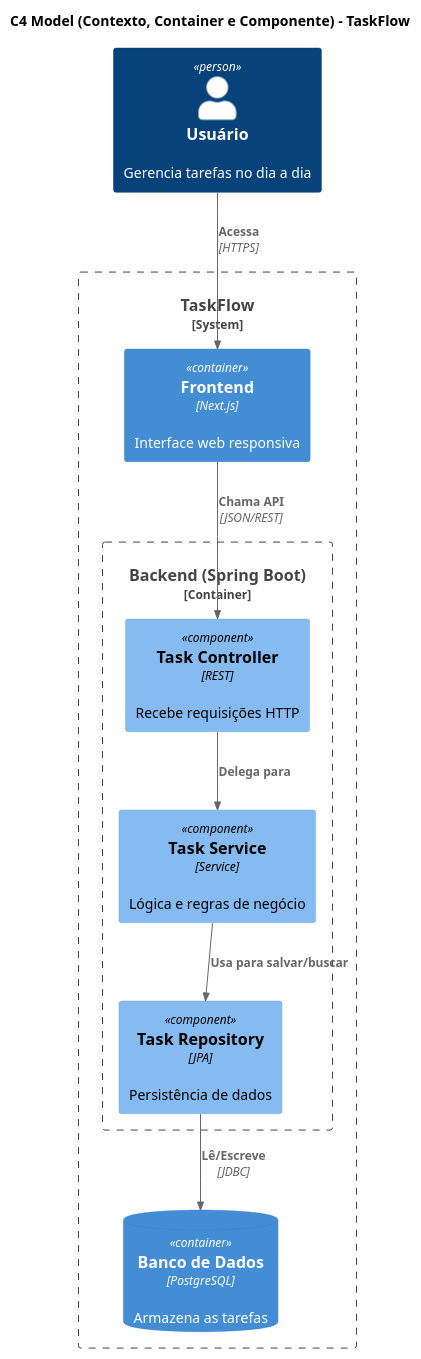
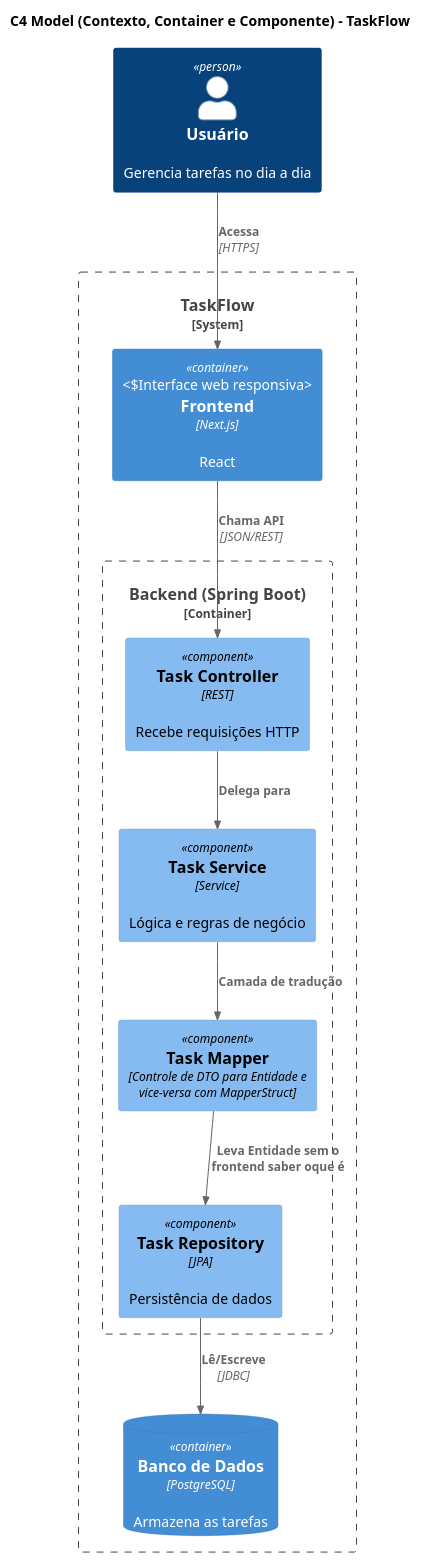
Before and after one commit to VynicyusCandido/task-flow: the diagram in arquivos/taskflow-c4Model.puml, drawn with PlantUML.

Commit message:
modificando c4Model

```diff
--- a/arquivos/taskflow-c4Model.puml
+++ b/arquivos/taskflow-c4Model.puml
@@ -1,28 +1,30 @@
 @startuml
 !include <C4/C4_Component>
 
 title C4 Model (Contexto, Container e Componente) - TaskFlow
 
 Person(usuario, "Usuário", "Gerencia tarefas no dia a dia")
 
 System_Boundary(taskflow, "TaskFlow") {
     
-    Container(frontend, "Frontend", "Next.js", "Interface web responsiva")
+    Container(frontend, "Frontend", "Next.js", "React", "Interface web responsiva")
     
     Container_Boundary(backend, "Backend (Spring Boot)") {
         Component(controller, "Task Controller", "REST", "Recebe requisições HTTP")
         Component(service, "Task Service", "Service", "Lógica e regras de negócio")
+        Component(Interface, "Task Mapper", "Controle de DTO para Entidade e vice-versa com MapperStruct")
         Component(repository, "Task Repository", "JPA", "Persistência de dados")
     }
 
     ContainerDb(db, "Banco de Dados", "PostgreSQL", "Armazena as tarefas")
 }
 
 ' Relações de fluxo
 Rel(usuario, frontend, "Acessa", "HTTPS")
 Rel(frontend, controller, "Chama API", "JSON/REST")
 Rel(controller, service, "Delega para")
-Rel(service, repository, "Usa para salvar/buscar")
+Rel(service, Interface, "Camada de tradução")
+Rel(Interface, repository, "Leva Entidade sem o frontend saber oque é")
 Rel(repository, db, "Lê/Escreve", "JDBC")
 
 @enduml
```
